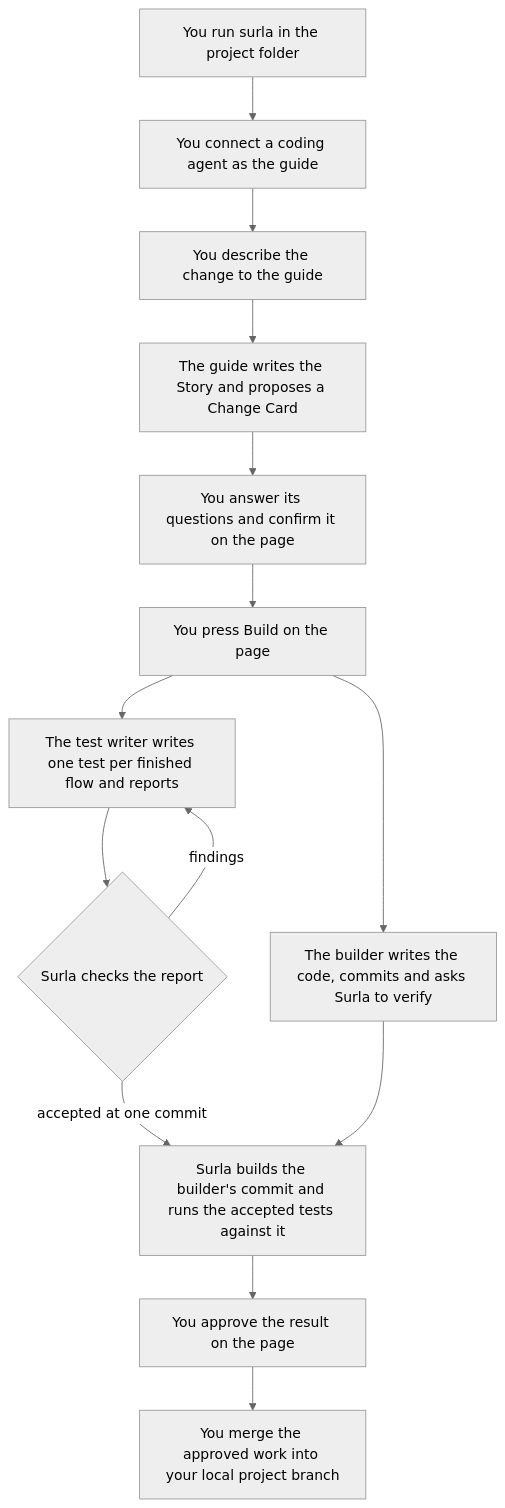
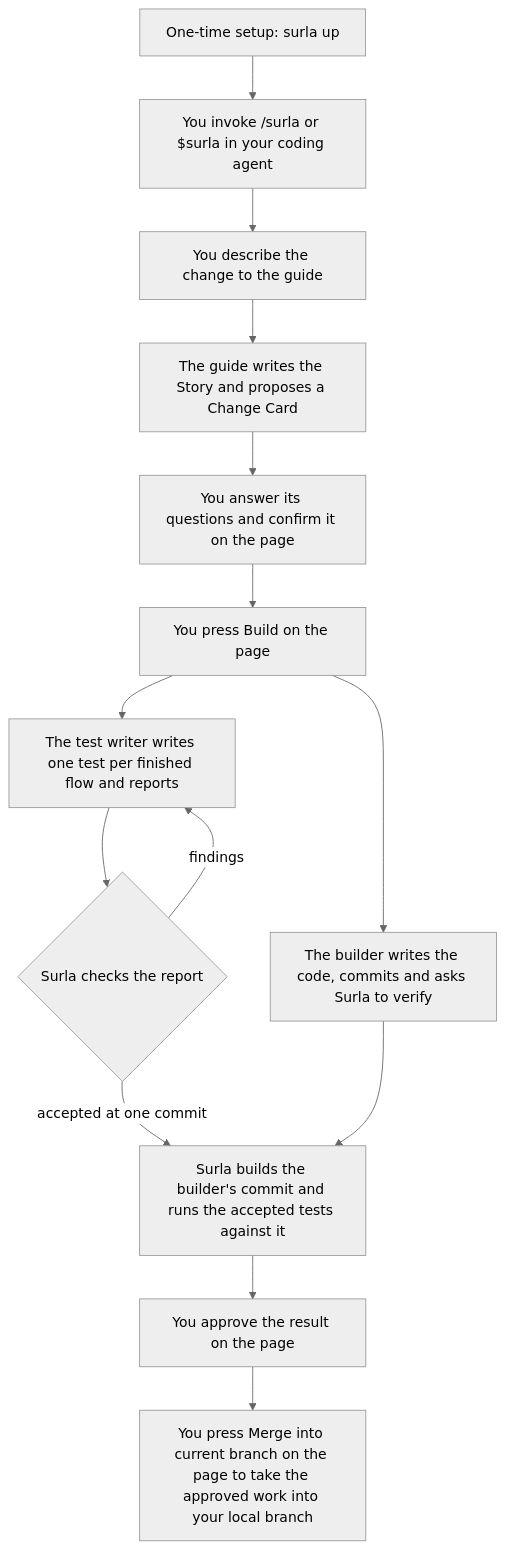
One commit to goadesign/highbay changed the diagram in docs/HOW_IT_WORKS.md. Above: the diagram before and after it, drawn with Mermaid (neutral theme). The commit also changed other lines of this file and 6 other files, not shown here.

Commit message:
Document the agent-driven Surla journey

````diff
--- a/docs/HOW_IT_WORKS.md
+++ b/docs/HOW_IT_WORKS.md
@@ -79,16 +79,16 @@
 ```mermaid
 flowchart TD
-    A["You run surla in the project folder"] --> B["You connect a coding agent as the guide"]
+    A["One-time setup: surla up"] --> B["You invoke /surla or $surla in your coding agent"]
     B --> C["You describe the change to the guide"]
     C --> D["The guide writes the Story and proposes a Change Card"]
     D --> E["You answer its questions and confirm it on the page"]
     E --> F["You press Build on the page"]
     F --> G["The test writer writes one test per finished flow and reports"]
     G --> H{"Surla checks the report"}
     H -->|"findings"| G
     H -->|"accepted at one commit"| J["Surla builds the builder's commit and runs the accepted tests against it"]
     F --> I["The builder writes the code, commits and asks Surla to verify"]
     I --> J
     J --> K["You approve the result on the page"]
-    K --> L["You merge the approved work into your local project branch"]
+    K --> L["You press Merge into current branch on the page to take the approved work into your local branch"]
 ```
````
